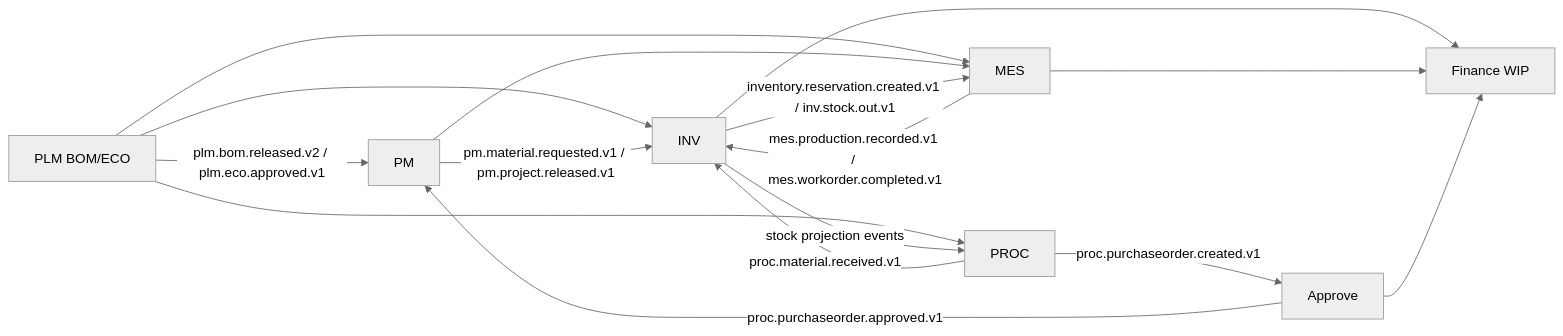
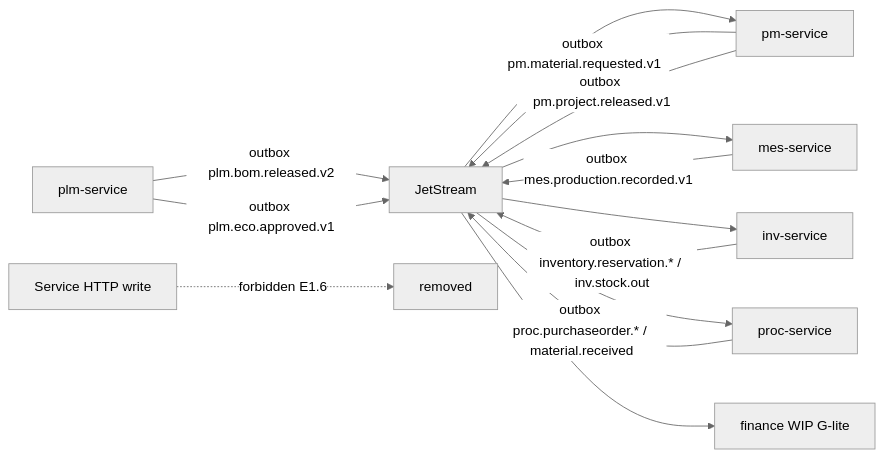
Before and after one commit to Bogmaz555/erp-composable-2026: the first of 2 diagrams in docs/ENTERPRISE-0.2-ETO-DESIGN.md, drawn with Mermaid (neutral theme). The commit also changed other lines of this file and 2 other files, not shown here.

````diff
--- a/docs/ENTERPRISE-0.2-ETO-DESIGN.md
+++ b/docs/ENTERPRISE-0.2-ETO-DESIGN.md
@@ -102,18 +109,16 @@
 ```mermaid
 flowchart LR
-  PLM[PLM BOM/ECO] -->|plm.bom.released.v2 / plm.eco.approved.v1| PM
-  PLM --> MES
-  PLM --> INV
-  PLM --> PROC
-  PM -->|pm.material.requested.v1 / pm.project.released.v1| INV
-  PM --> MES
-  INV -->|inventory.reservation.created.v1 / inv.stock.out.v1| MES
-  INV --> FIN[Finance WIP]
-  MES -->|mes.production.recorded.v1 / mes.workorder.completed.v1| INV
-  MES --> FIN
-  PROC -->|proc.purchaseorder.created.v1| APPR[Approve]
-  APPR -->|proc.purchaseorder.approved.v1| PM
-  APPR --> FIN
-  PROC -->|proc.material.received.v1| INV
-  INV -->|stock projection events| PROC
+  PLM[plm-service] -->|outbox plm.bom.released.v2| JS[JetStream]
+  PLM -->|outbox plm.eco.approved.v1| JS
+  JS --> PM[pm-service]
+  JS --> MES[mes-service]
+  JS --> INV[inv-service]
+  JS --> PROC[proc-service]
+  PM -->|outbox pm.material.requested.v1| JS
+  PM -->|outbox pm.project.released.v1| JS
+  INV -->|outbox inventory.reservation.* / inv.stock.out| JS
+  MES -->|outbox mes.production.recorded.v1| JS
+  PROC -->|outbox proc.purchaseorder.* / material.received| JS
+  JS --> FIN[finance WIP G-lite]
+  HTTPX[Service HTTP write] -.->|forbidden E1.6| X[removed]
 ```
````
